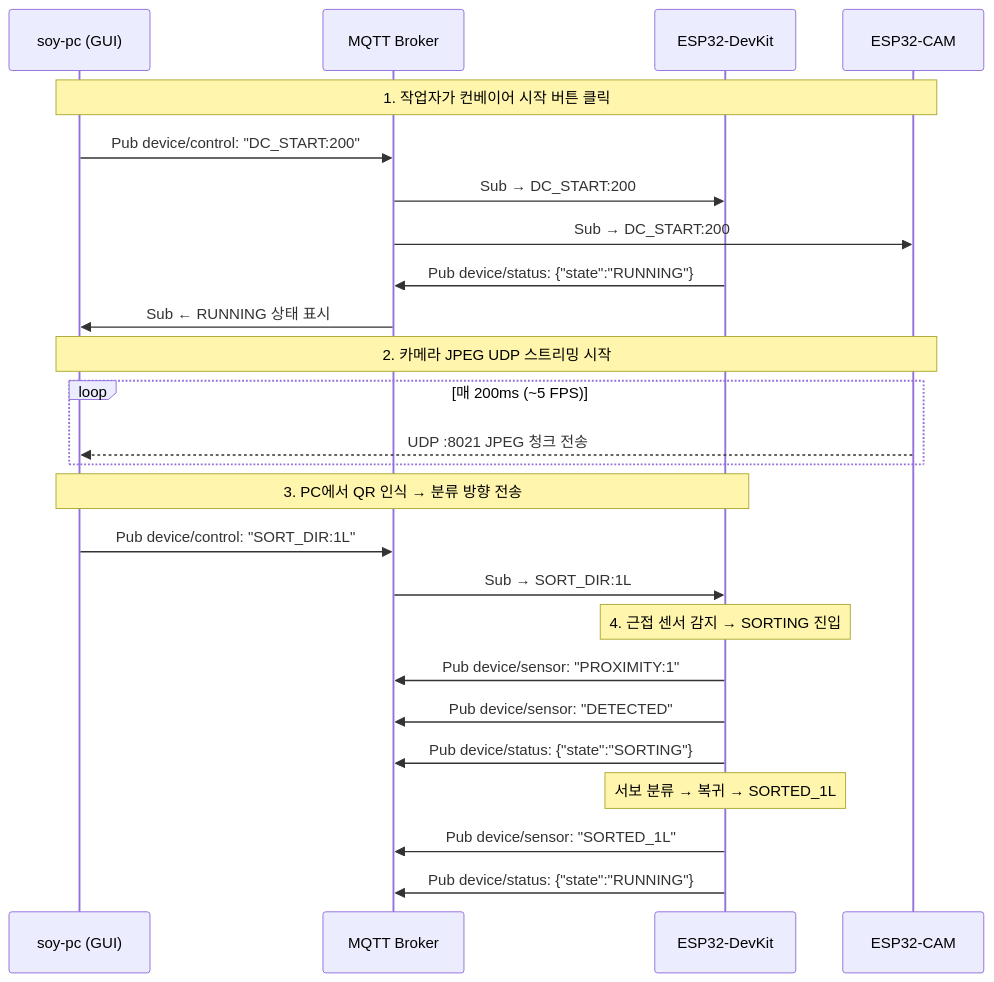
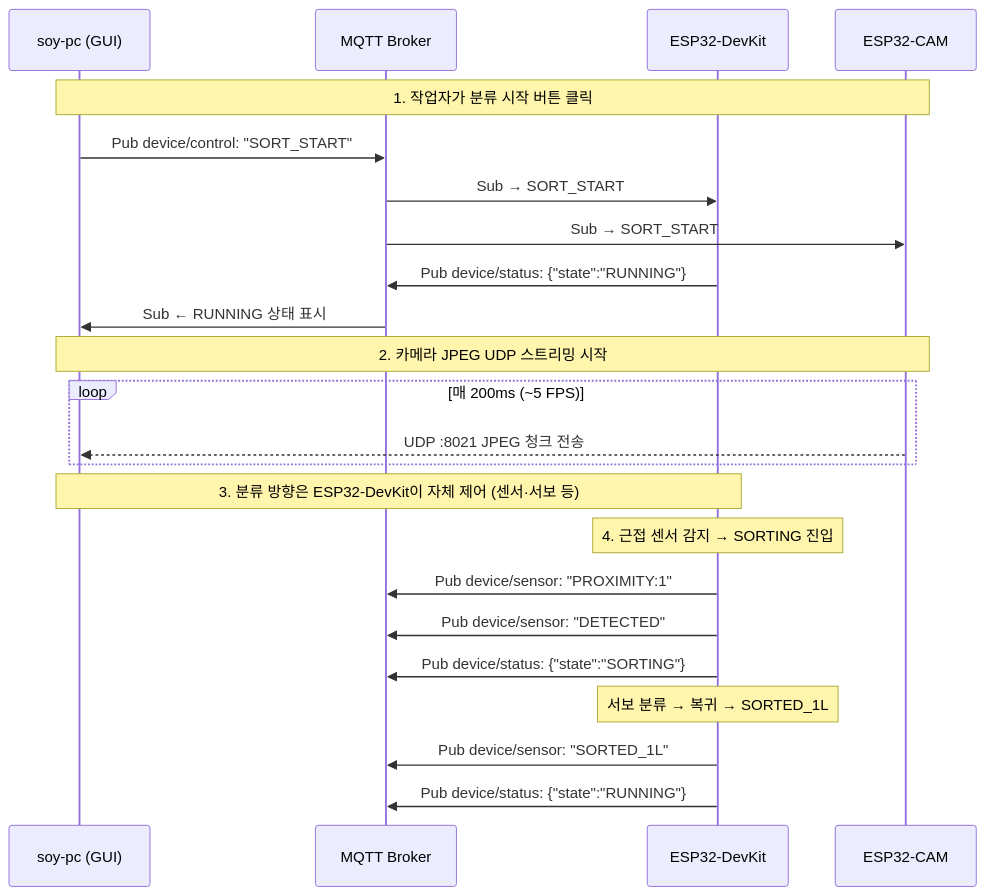
The second of 2 diagrams in docs/communication_architecture.md (addinedu-physicalai-1st/iot-repo-3), drawn with Mermaid before and after one commit. The commit also changed other lines of this file and 22 other files, not shown here.

Commit message:
refactor: sort_start, sort_stop, esp-common

````diff
--- a/docs/communication_architecture.md
+++ b/docs/communication_architecture.md
@@ -119,32 +116,30 @@
 ```mermaid
 sequenceDiagram
     participant PC as soy-pc (GUI)
     participant MQTT as MQTT Broker
     participant DEV as ESP32-DevKit
     participant CAM as ESP32-CAM
 
-    Note over PC,CAM: 1. 작업자가 컨베이어 시작 버튼 클릭
+    Note over PC,CAM: 1. 작업자가 분류 시작 버튼 클릭
 
-    PC->>MQTT: Pub device/control: "DC_START:200"
-    MQTT->>DEV: Sub → DC_START:200
-    MQTT->>CAM: Sub → DC_START:200
+    PC->>MQTT: Pub device/control: "SORT_START"
+    MQTT->>DEV: Sub → SORT_START
+    MQTT->>CAM: Sub → SORT_START
     DEV->>MQTT: Pub device/status: {"state":"RUNNING"}
     MQTT->>PC: Sub ← RUNNING 상태 표시
 
     Note over CAM,PC: 2. 카메라 JPEG UDP 스트리밍 시작
     loop 매 200ms (~5 FPS)
         CAM-->>PC: UDP :8021 JPEG 청크 전송
     end
 
-    Note over PC,DEV: 3. PC에서 QR 인식 → 분류 방향 전송
-    PC->>MQTT: Pub device/control: "SORT_DIR:1L"
-    MQTT->>DEV: Sub → SORT_DIR:1L
+    Note over PC,DEV: 3. 분류 방향은 ESP32-DevKit이 자체 제어 (센서·서보 등)
 
     Note over DEV: 4. 근접 센서 감지 → SORTING 진입
     DEV->>MQTT: Pub device/sensor: "PROXIMITY:1"
     DEV->>MQTT: Pub device/sensor: "DETECTED"
     DEV->>MQTT: Pub device/status: {"state":"SORTING"}
     Note over DEV: 서보 분류 → 복귀 → SORTED_1L
     DEV->>MQTT: Pub device/sensor: "SORTED_1L"
     DEV->>MQTT: Pub device/status: {"state":"RUNNING"}
 ```
````
